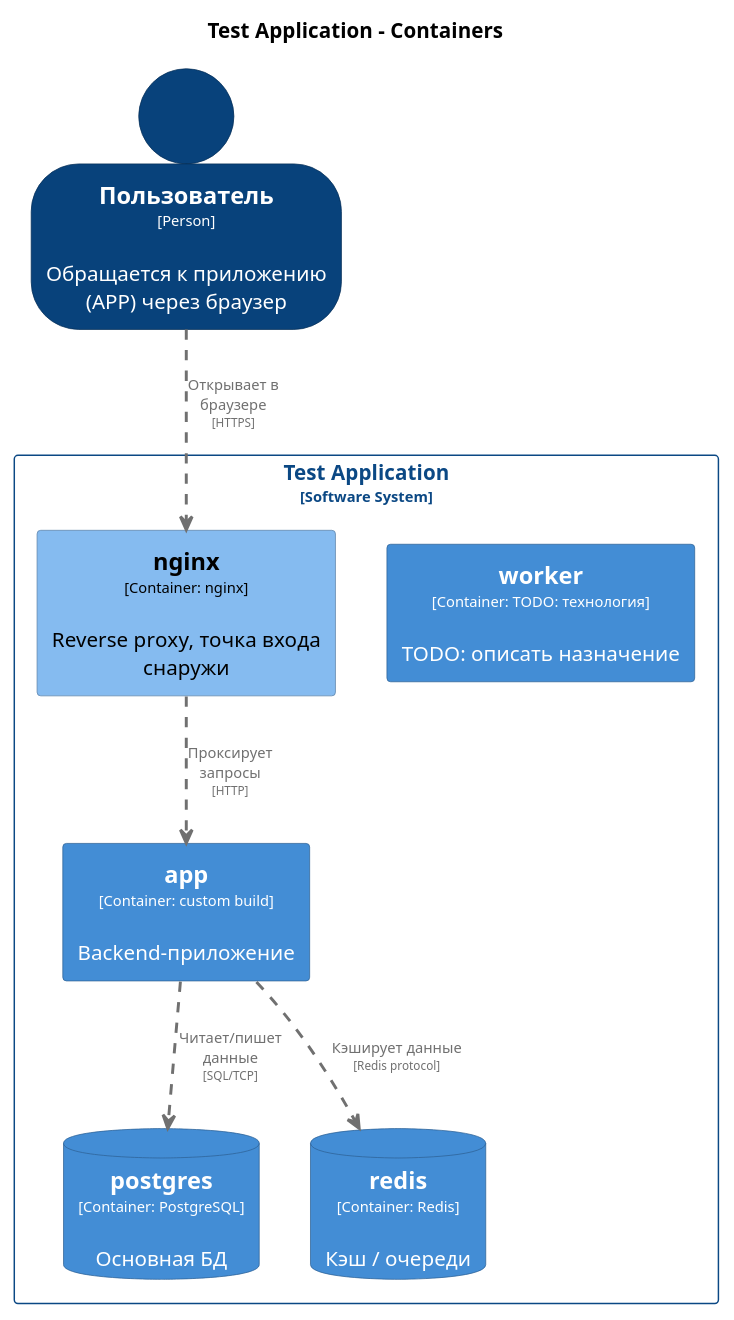
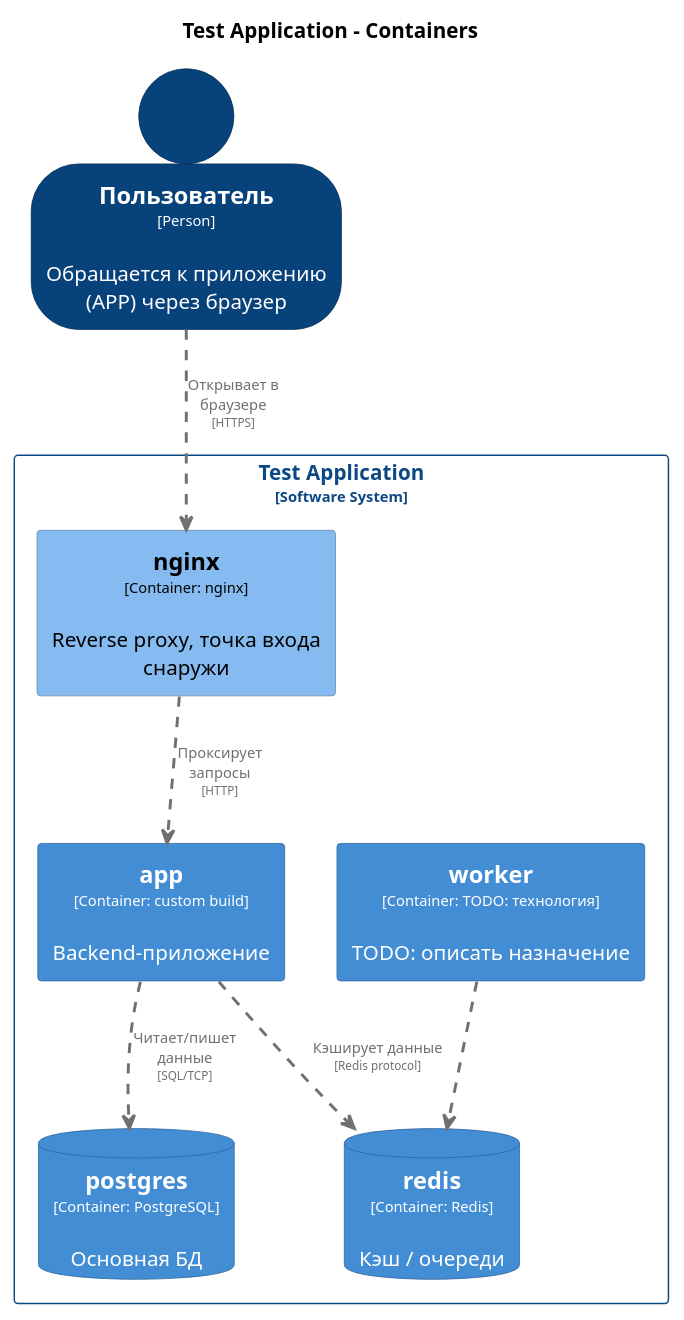
One commit to dmitryimalkov/cicd changed the diagram in architecture/diagrams/structurizr-Containers.puml. Above: the diagram before and after it, drawn with PlantUML. The commit also changed 1 other file, not shown here.

Commit message:
docs: auto-sync architecture with docker-compose

```diff
--- a/architecture/diagrams/structurizr-Containers.puml
+++ b/architecture/diagrams/structurizr-Containers.puml
@@ -1,72 +1,73 @@
 @startuml
 set separator none
 title Test Application - Containers
 
 top to bottom direction
 
 skinparam {
   arrowFontSize 10
   defaultTextAlignment center
   wrapWidth 200
   maxMessageSize 100
 }
 
 hide stereotype
 
 skinparam rectangle<<TestApplication.app>> {
   BackgroundColor #438dd5
   FontColor #ffffff
   BorderColor #2e6295
   shadowing false
 }
 skinparam rectangle<<TestApplication.nginx>> {
   BackgroundColor #85bbf0
   FontColor #000000
   BorderColor #5d82a8
   shadowing false
 }
 skinparam database<<TestApplication.postgres>> {
   BackgroundColor #438dd5
   FontColor #ffffff
   BorderColor #2e6295
   shadowing false
 }
 skinparam database<<TestApplication.redis>> {
   BackgroundColor #438dd5
   FontColor #ffffff
   BorderColor #2e6295
   shadowing false
 }
 skinparam rectangle<<TestApplication.worker>> {
   BackgroundColor #438dd5
   FontColor #ffffff
   BorderColor #2e6295
   shadowing false
 }
 skinparam person<<Пользователь>> {
   BackgroundColor #08427b
   FontColor #ffffff
   BorderColor #052e56
   shadowing false
 }
 skinparam rectangle<<TestApplication>> {
   BorderColor #0b4884
   FontColor #0b4884
   shadowing false
 }
 
 person "==Пользователь\n<size:10>[Person]</size>\n\nОбращается к приложению (APP) через браузер" <<Пользователь>> as Пользователь
 
 rectangle "Test Application\n<size:10>[Software System]</size>" <<TestApplication>> {
   rectangle "==worker\n<size:10>[Container: TODO: технология]</size>\n\nTODO: описать назначение" <<TestApplication.worker>> as TestApplication.worker
   rectangle "==nginx\n<size:10>[Container: nginx]</size>\n\nReverse proxy, точка входа снаружи" <<TestApplication.nginx>> as TestApplication.nginx
   rectangle "==app\n<size:10>[Container: custom build]</size>\n\nBackend-приложение" <<TestApplication.app>> as TestApplication.app
   database "==postgres\n<size:10>[Container: PostgreSQL]</size>\n\nОсновная БД" <<TestApplication.postgres>> as TestApplication.postgres
   database "==redis\n<size:10>[Container: Redis]</size>\n\nКэш / очереди" <<TestApplication.redis>> as TestApplication.redis
 }
 
 TestApplication.app .[#707070,thickness=2].> TestApplication.postgres : "<color:#707070>Читает/пишет данные\n<color:#707070><size:8>[SQL/TCP]</size>"
 TestApplication.app .[#707070,thickness=2].> TestApplication.redis : "<color:#707070>Кэширует данные\n<color:#707070><size:8>[Redis protocol]</size>"
+TestApplication.worker .[#707070,thickness=2].> TestApplication.redis : "<color:#707070>"
 Пользователь .[#707070,thickness=2].> TestApplication.nginx : "<color:#707070>Открывает в браузере\n<color:#707070><size:8>[HTTPS]</size>"
 TestApplication.nginx .[#707070,thickness=2].> TestApplication.app : "<color:#707070>Проксирует запросы\n<color:#707070><size:8>[HTTP]</size>"
 @enduml
```
